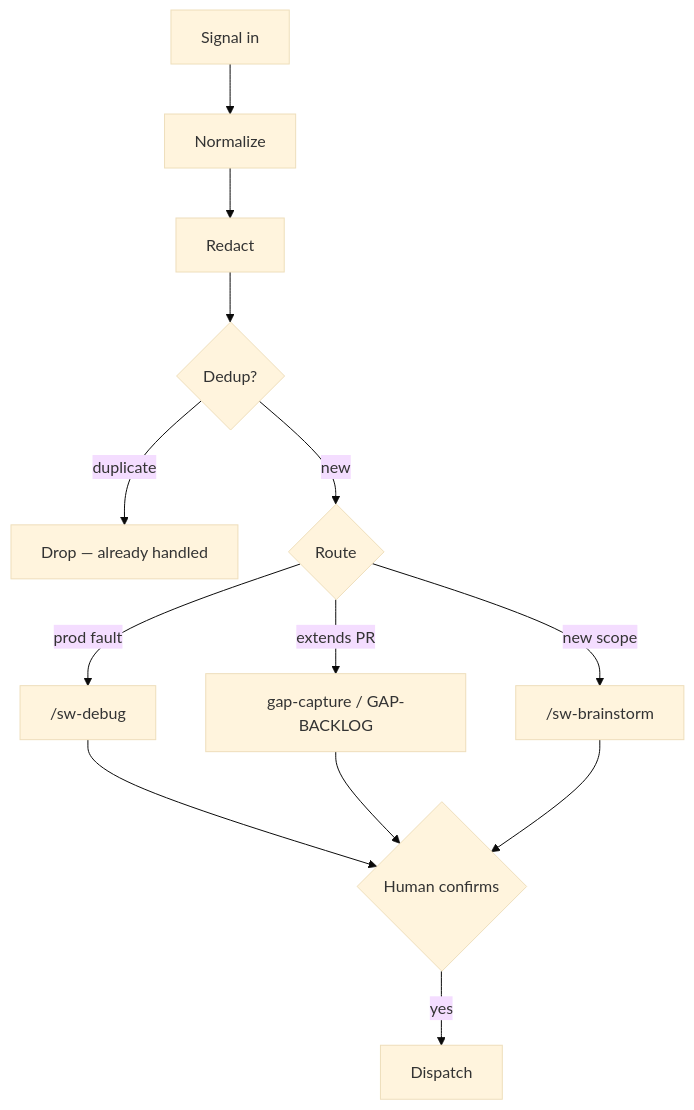
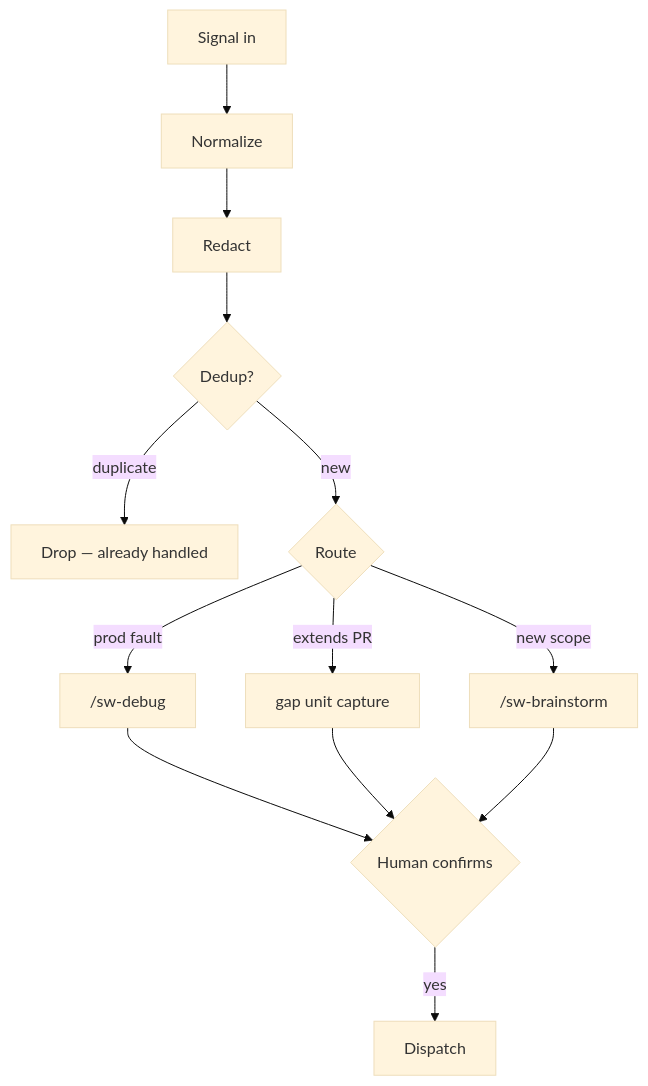
Diagram 11 of 11 in docs/guides/workflows.md (grdavies/shipwright), drawn with Mermaid (base theme) before and after one commit. The commit also changed other lines of this file and 182 other files, not shown here.

````diff
--- a/docs/guides/workflows.md
+++ b/docs/guides/workflows.md
@@ -470,15 +470,15 @@
 ```mermaid
 flowchart TD
   IN[Signal in] --> NM[Normalize]
   NM --> RD[Redact]
   RD --> DD{Dedup?}
   DD -->|duplicate| DROP[Drop — already handled]
   DD -->|new| RT{Route}
   RT -->|prod fault| DB["/sw-debug"]
-  RT -->|extends PR| GAP[gap-capture / GAP-BACKLOG]
+  RT -->|extends PR| GAP[gap unit capture]
   RT -->|new scope| BR["/sw-brainstorm"]
   DB --> CONF{Human confirms}
   GAP --> CONF
   BR --> CONF
   CONF -->|yes| DISP[Dispatch]
 ```
````
